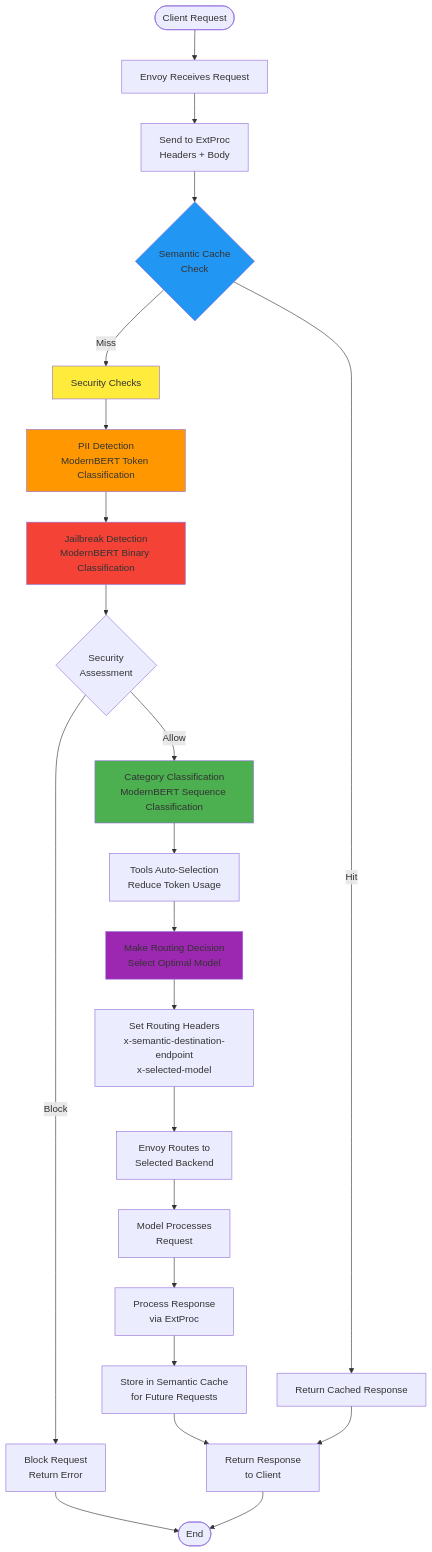
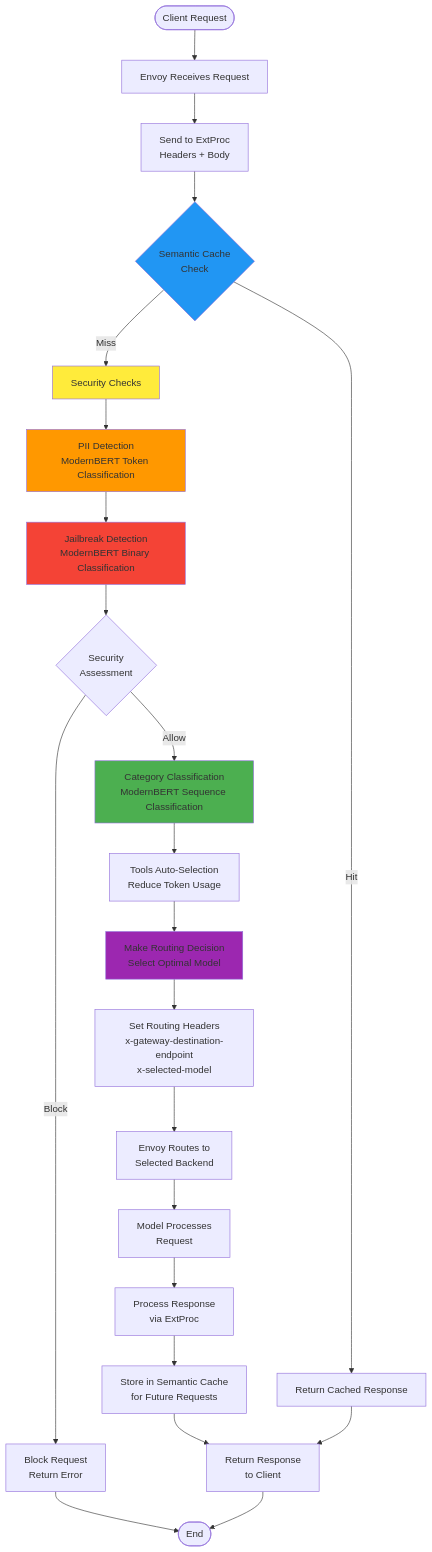
The fourth of 6 diagrams in website/docs/overview/architecture/system-architecture.md (yuluo-yx/semantic-router), drawn with Mermaid before and after one commit. The commit also changed 30 other files, not shown here.

````diff
--- a/website/docs/overview/architecture/system-architecture.md
+++ b/website/docs/overview/architecture/system-architecture.md
@@ -217,45 +217,45 @@
 ```mermaid
 graph TB
     Start([Client Request]) --> EnvoyReceive[Envoy Receives Request]
     
     EnvoyReceive --> ExtProcSend[Send to ExtProc<br/>Headers + Body]
     
     ExtProcSend --> CacheCheck{Semantic Cache<br/>Check}
     
     CacheCheck -->|Hit| CacheReturn[Return Cached Response]
     CacheCheck -->|Miss| SecurityCheck[Security Checks]
     
     SecurityCheck --> PIICheck[PII Detection<br/>ModernBERT Token Classification]
     PIICheck --> JailbreakCheck[Jailbreak Detection<br/>ModernBERT Binary Classification]
     
     JailbreakCheck --> SecurityDecision{Security<br/>Assessment}
     SecurityDecision -->|Block| BlockRequest[Block Request<br/>Return Error]
     SecurityDecision -->|Allow| CategoryClassification[Category Classification<br/>ModernBERT Sequence Classification]
     
     CategoryClassification --> ToolsSelection[Tools Auto-Selection<br/>Reduce Token Usage]
     
     ToolsSelection --> RoutingDecision[Make Routing Decision<br/>Select Optimal Model]
     
-    RoutingDecision --> SetHeaders[Set Routing Headers<br/>x-semantic-destination-endpoint<br/>x-selected-model]
+    RoutingDecision --> SetHeaders[Set Routing Headers<br/>x-gateway-destination-endpoint<br/>x-selected-model]
     
     SetHeaders --> EnvoyRoute[Envoy Routes to<br/>Selected Backend]
     
     EnvoyRoute --> ModelResponse[Model Processes<br/>Request]
     
     ModelResponse --> ResponseProcess[Process Response<br/>via ExtProc]
     
     ResponseProcess --> CacheStore[Store in Semantic Cache<br/>for Future Requests]
     
     CacheStore --> FinalResponse[Return Response<br/>to Client]
     
     CacheReturn --> FinalResponse
     BlockRequest --> End([End])
     FinalResponse --> End
     
     style SecurityCheck fill:#ffeb3b
     style PIICheck fill:#ff9800  
     style JailbreakCheck fill:#f44336
     style CategoryClassification fill:#4caf50
     style CacheCheck fill:#2196f3
     style RoutingDecision fill:#9c27b0
 ```
````
